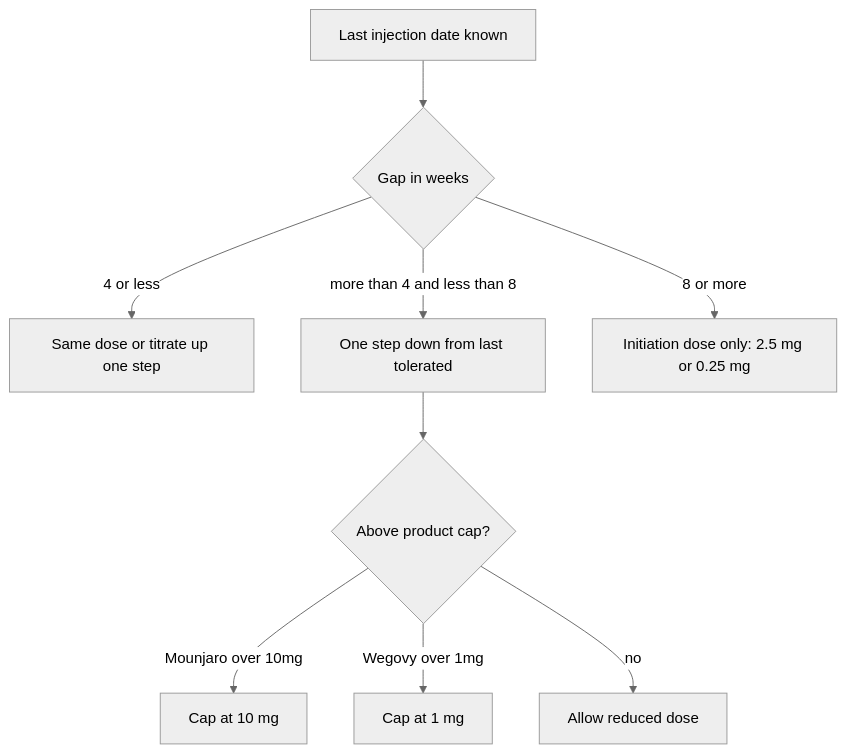
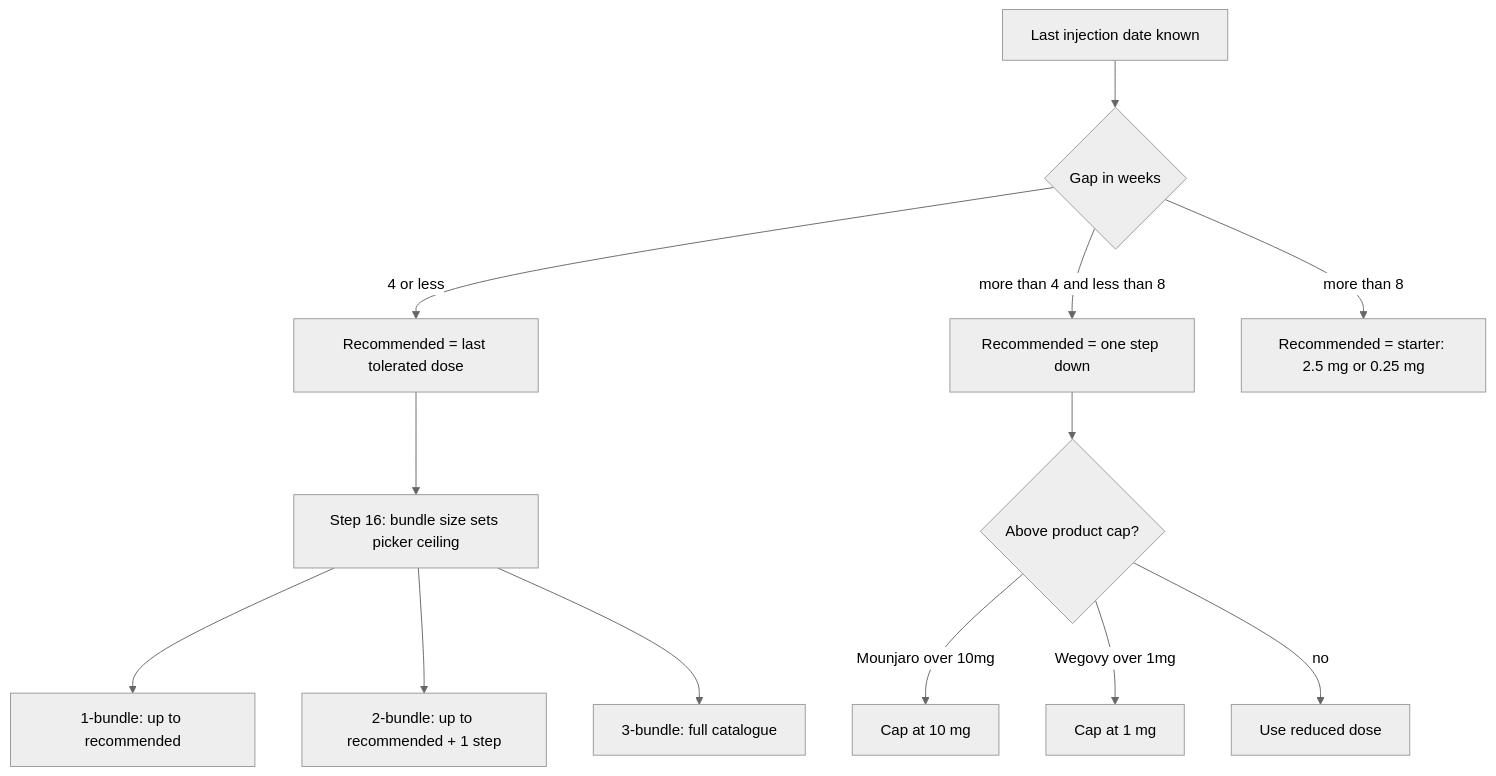
The diagram in INJECTABLE-CONSULTATION-RULES.md (Mostafadmg/pharmacyMyEdit2), drawn with Mermaid (neutral theme) before and after one commit. The commit also changed other lines of this file and 901 other files, not shown here.

````diff
--- a/INJECTABLE-CONSULTATION-RULES.md
+++ b/INJECTABLE-CONSULTATION-RULES.md
@@ -204,11 +208,15 @@
 ```mermaid
 flowchart TD
     start[Last injection date known] --> gap{Gap in weeks}
-    gap -->|4 or less| sameOrUp[Same dose or titrate up one step]
-    gap -->|more than 4 and less than 8| stepDown[One step down from last tolerated]
+    gap -->|4 or less| recSame[Recommended = last tolerated dose]
+    recSame --> bundle1[Step 16: bundle size sets picker ceiling]
+    gap -->|more than 4 and less than 8| stepDown[Recommended = one step down]
     stepDown --> cap{Above product cap?}
     cap -->|Mounjaro over 10mg| mcap[Cap at 10 mg]
     cap -->|Wegovy over 1mg| wcap[Cap at 1 mg]
-    cap -->|no| allowDown[Allow reduced dose]
-    gap -->|8 or more| init[Initiation dose only: 2.5 mg or 0.25 mg]
+    cap -->|no| allowDown[Use reduced dose]
+    gap -->|more than 8| init[Recommended = starter: 2.5 mg or 0.25 mg]
+    bundle1 --> b1[1-bundle: up to recommended]
+    bundle1 --> b2[2-bundle: up to recommended + 1 step]
+    bundle1 --> b3[3-bundle: full catalogue]
 ```
````
